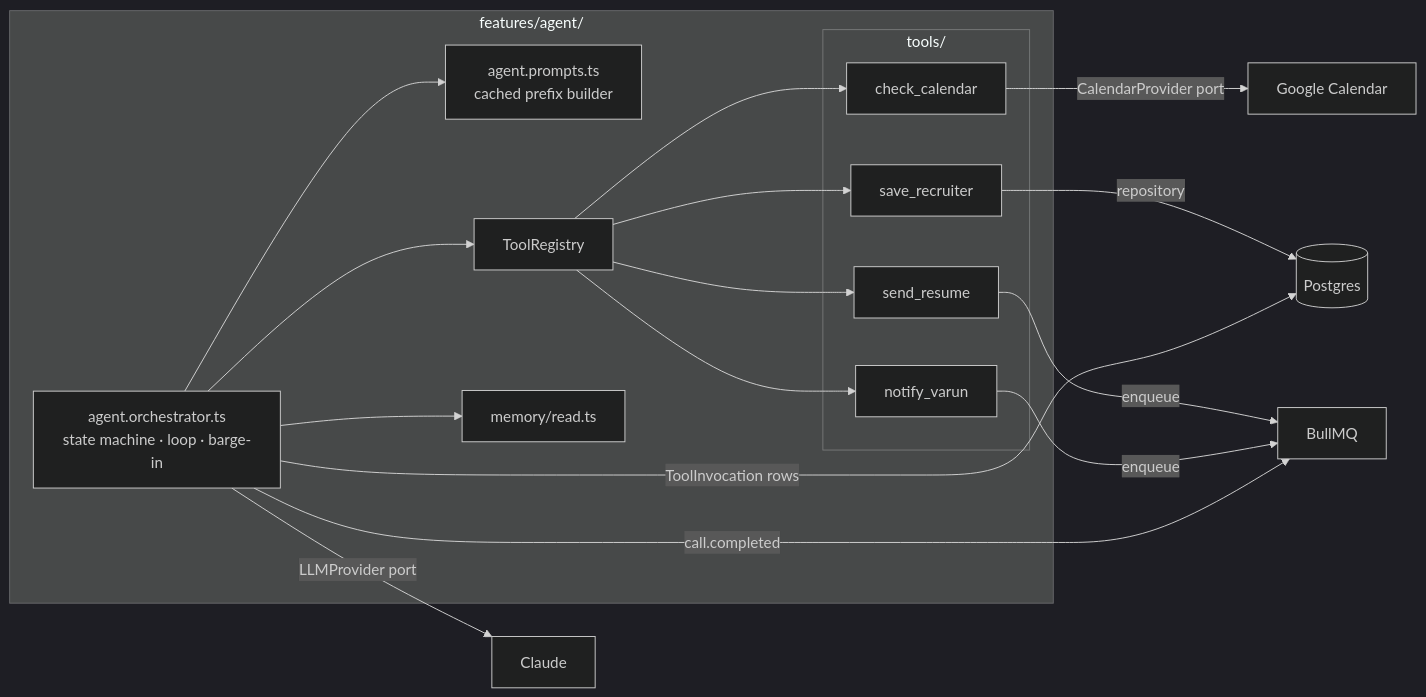
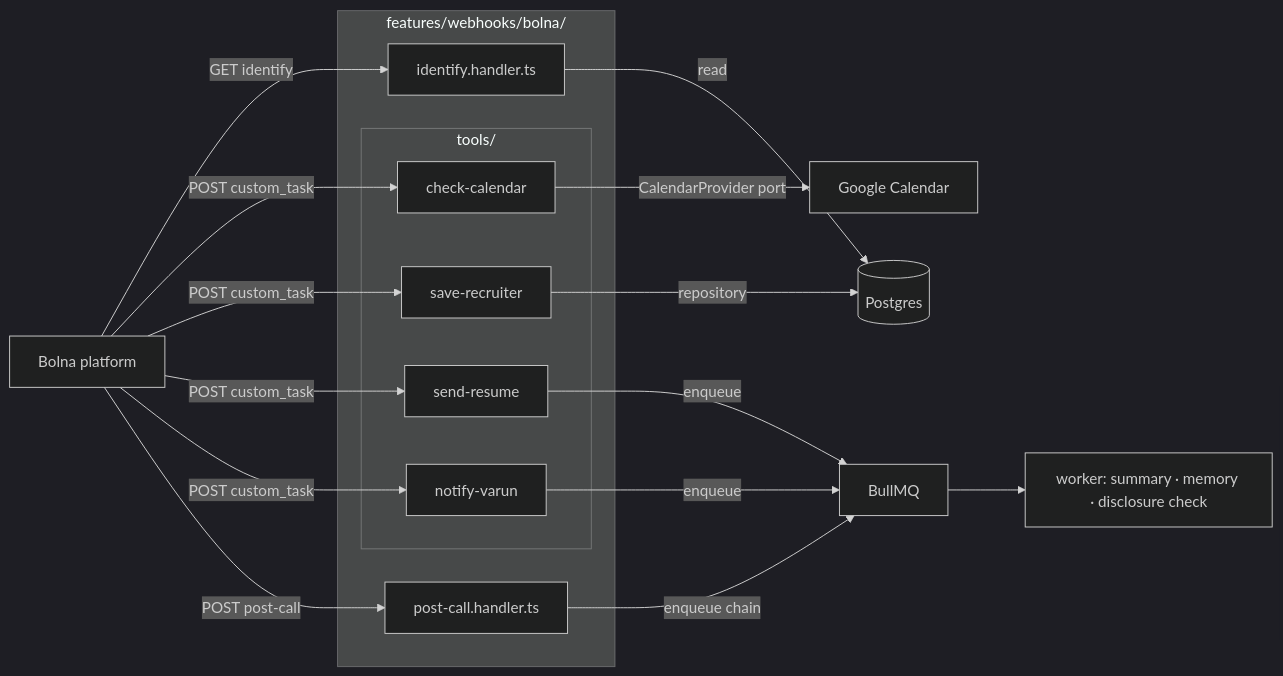
Before and after one commit to gandhi120/RecruitPilot_AI: the third of 3 diagrams in docs/16_AI_AGENT.md, drawn with Mermaid (dark theme). The commit also changed other lines of this file and 34 other files, not shown here.

````diff
--- a/docs/16_AI_AGENT.md
+++ b/docs/16_AI_AGENT.md
@@ -166,26 +153,23 @@
 ```mermaid
 flowchart LR
-    subgraph AGENT["features/agent/"]
-        ORCH[agent.orchestrator.ts<br/>state machine · loop · barge-in]
-        PROMPT[agent.prompts.ts<br/>cached prefix builder]
-        REG[ToolRegistry]
-        MEM[memory/read.ts]
+    subgraph API["features/webhooks/bolna/"]
+        IDH[identify.handler.ts]
         subgraph TOOLS["tools/"]
-            T1[check_calendar]
-            T2[save_recruiter]
-            T3[send_resume]
-            T4[notify_varun]
+            T1[check-calendar]
+            T2[save-recruiter]
+            T3[send-resume]
+            T4[notify-varun]
         end
+        PCH[post-call.handler.ts]
     end
-    ORCH --> PROMPT
-    ORCH --> REG
-    ORCH --> MEM
-    REG --> T1 & T2 & T3 & T4
-    ORCH -->|LLMProvider port| CL[Claude]
+    BOLNA[Bolna platform] -->|GET identify| IDH
+    BOLNA -->|POST custom_task| T1 & T2 & T3 & T4
+    BOLNA -->|POST post-call| PCH
     T1 -->|CalendarProvider port| GC[Google Calendar]
     T2 -->|repository| DB[(Postgres)]
     T3 -->|enqueue| Q[BullMQ]
     T4 -->|enqueue| Q
-    ORCH -->|ToolInvocation rows| DB
-    ORCH -->|call.completed| Q
+    IDH -->|read| DB
+    PCH -->|enqueue chain| Q
+    Q --> W[worker: summary · memory · disclosure check]
 ```
````
